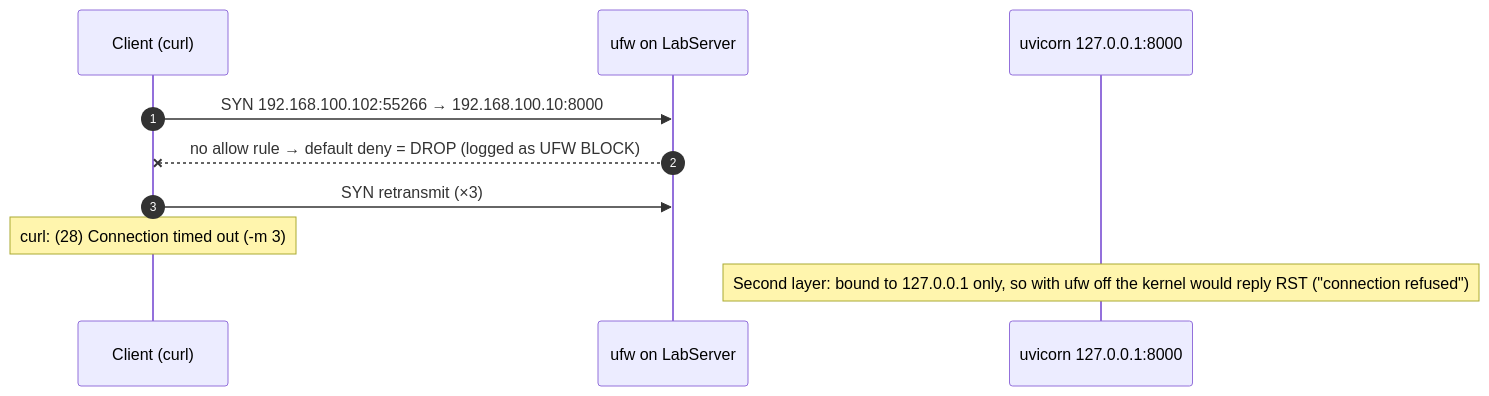
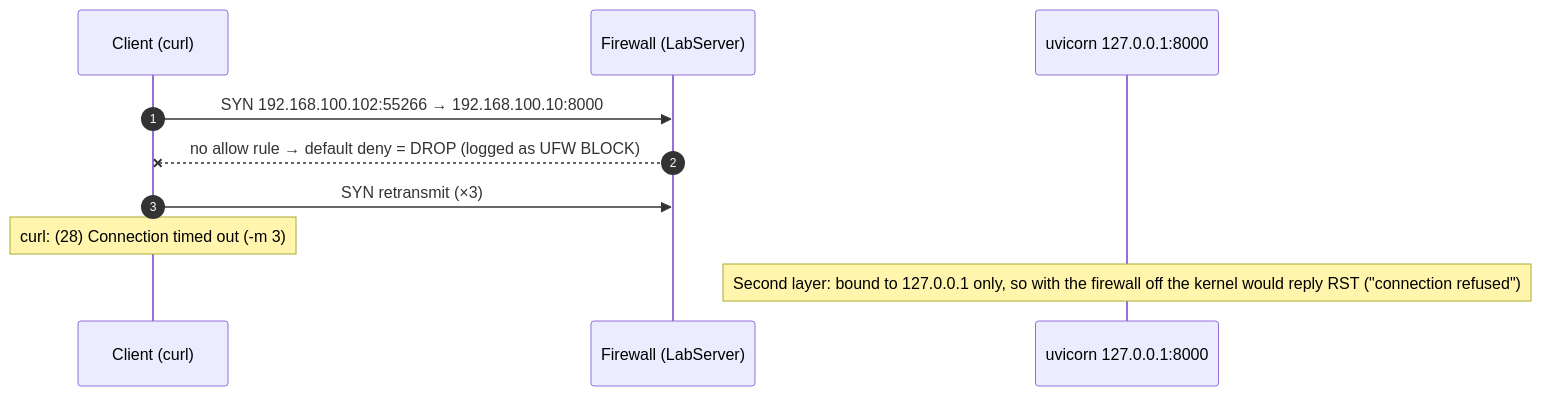
Before and after one commit to Gaston202/NetworksProject: the fifth of 5 diagrams in docs/request-flow.md, drawn with Mermaid. The commit also changed other lines of this file, not shown here.

Commit message:
docs: call the ufw layer "Firewall" in the request-flow diagrams

````diff
--- a/docs/request-flow.md
+++ b/docs/request-flow.md
@@ -115,12 +115,12 @@
 ```mermaid
 sequenceDiagram
     autonumber
     participant C as Client (curl)
-    participant F as ufw on LabServer
+    participant F as Firewall (LabServer)
     participant U as uvicorn 127.0.0.1:8000
     C->>F: SYN 192.168.100.102:55266 → 192.168.100.10:8000
     F--xC: no allow rule → default deny = DROP (logged as UFW BLOCK)
     C->>F: SYN retransmit (×3)
     Note over C: curl: (28) Connection timed out (-m 3)
-    Note over U: Second layer: bound to 127.0.0.1 only, so with ufw off the kernel would reply RST ("connection refused")
+    Note over U: Second layer: bound to 127.0.0.1 only, so with the firewall off the kernel would reply RST ("connection refused")
 ```
````
